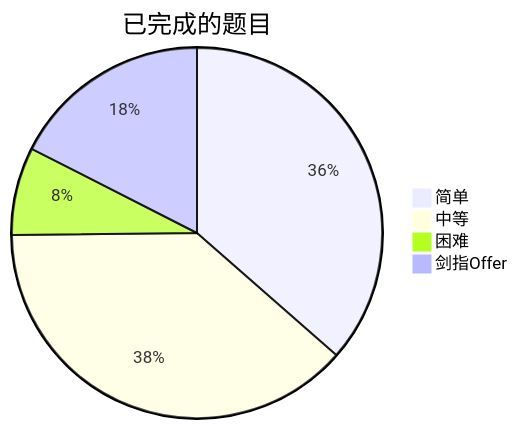
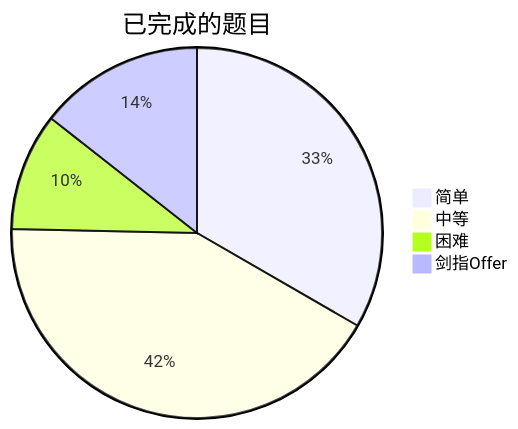
One commit to kaisa911/LeetCode changed the diagram in README.md. Above: the diagram before and after it, drawn with Mermaid. The commit also changed other lines of this file and 9 other files, not shown here.

````diff
--- a/README.md
+++ b/README.md
@@ -9,7 +9,7 @@
 ```mermaid
 pie title 已完成的题目
-    "简单" : 152
-    "中等" : 160
-    "困难" : 32
+    "简单" : 169
+    "中等" : 213
+    "困难" : 52
     "剑指Offer" : 73
 ```
````
